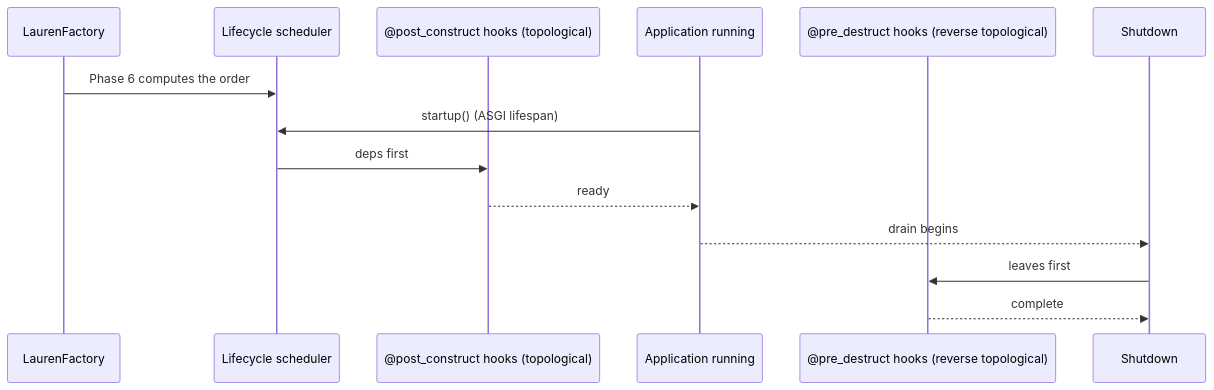
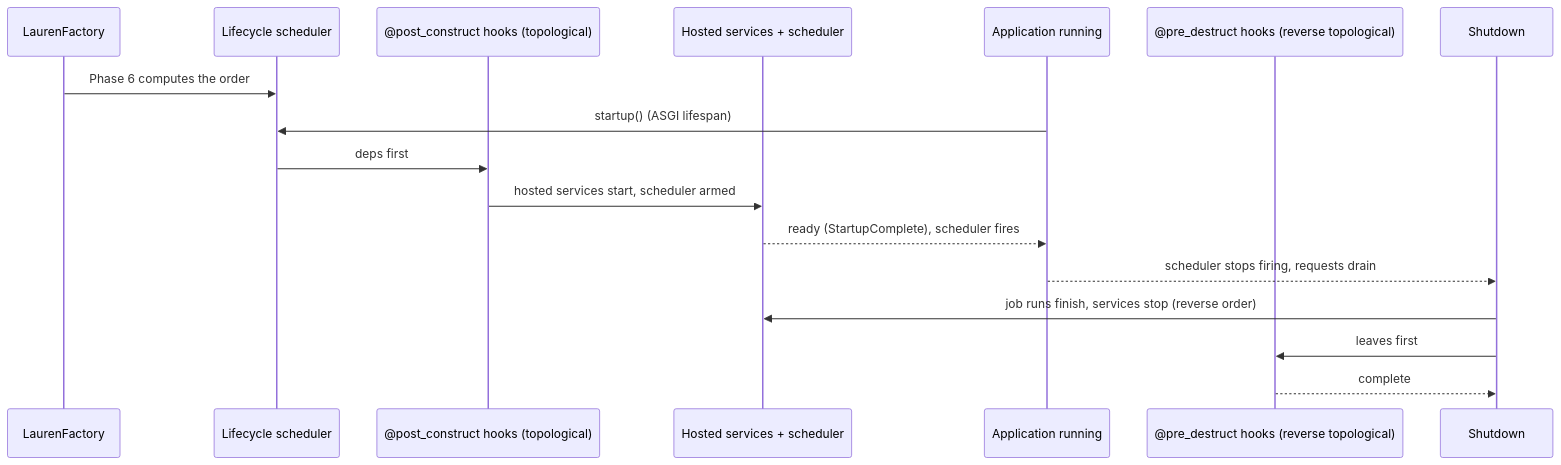
One commit to lauren-framework/lauren-framework changed the diagram in docs/core-concepts/lifecycle.md. Above: the diagram before and after it, drawn with Mermaid. The commit also changed other lines of this file and 21 other files, not shown here.

First line of the commit message:
docs: document hosted services and scheduling

````diff
--- a/docs/core-concepts/lifecycle.md
+++ b/docs/core-concepts/lifecycle.md
@@ -25,17 +25,20 @@
 ```mermaid
 sequenceDiagram
     participant F as LaurenFactory
     participant L as Lifecycle scheduler
     participant A as @post_construct hooks (topological)
+    participant H as Hosted services + scheduler
     participant App as Application running
     participant D as @pre_destruct hooks (reverse topological)
     participant S as Shutdown
 
     F->>L: Phase 6 computes the order
     App->>L: startup() (ASGI lifespan)
     L->>A: deps first
-    A-->>App: ready
-    App-->>S: drain begins
+    A->>H: hosted services start, scheduler armed
+    H-->>App: ready (StartupComplete), scheduler fires
+    App-->>S: scheduler stops firing, requests drain
+    S->>H: job runs finish, services stop (reverse order)
     S->>D: leaves first
     D-->>S: complete
 ```
````
